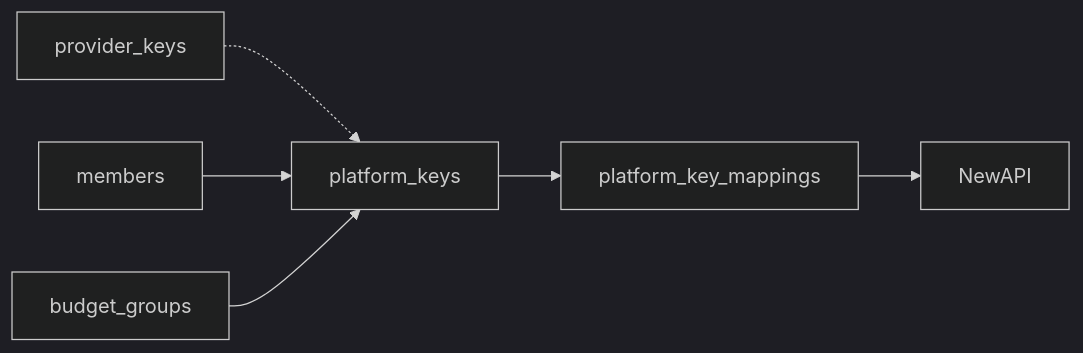
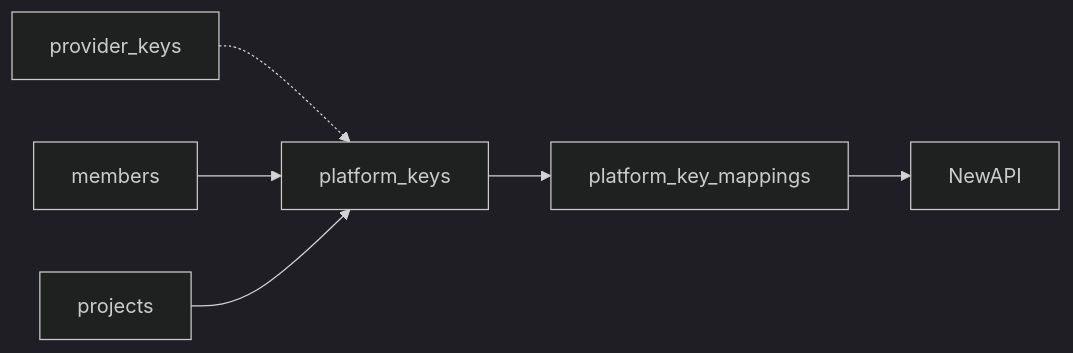
The fifth of 7 diagrams in docs/Backend-存储架构.md (quyip8818/mytokenjoy), drawn with Mermaid (dark theme) before and after one commit. The commit also changed other lines of this file and 175 other files, not shown here.

````diff
--- a/docs/Backend-存储架构.md
+++ b/docs/Backend-存储架构.md
@@ -135,7 +135,7 @@
 ```mermaid
 flowchart LR
   PPK[provider_keys] -.-> PLK[platform_keys]
   M[members] --> PLK
-  BG[budget_groups] --> PLK
+  PRJ[projects] --> PLK
   PLK --> RM[platform_key_mappings] --> NA[NewAPI]
 ```
````
